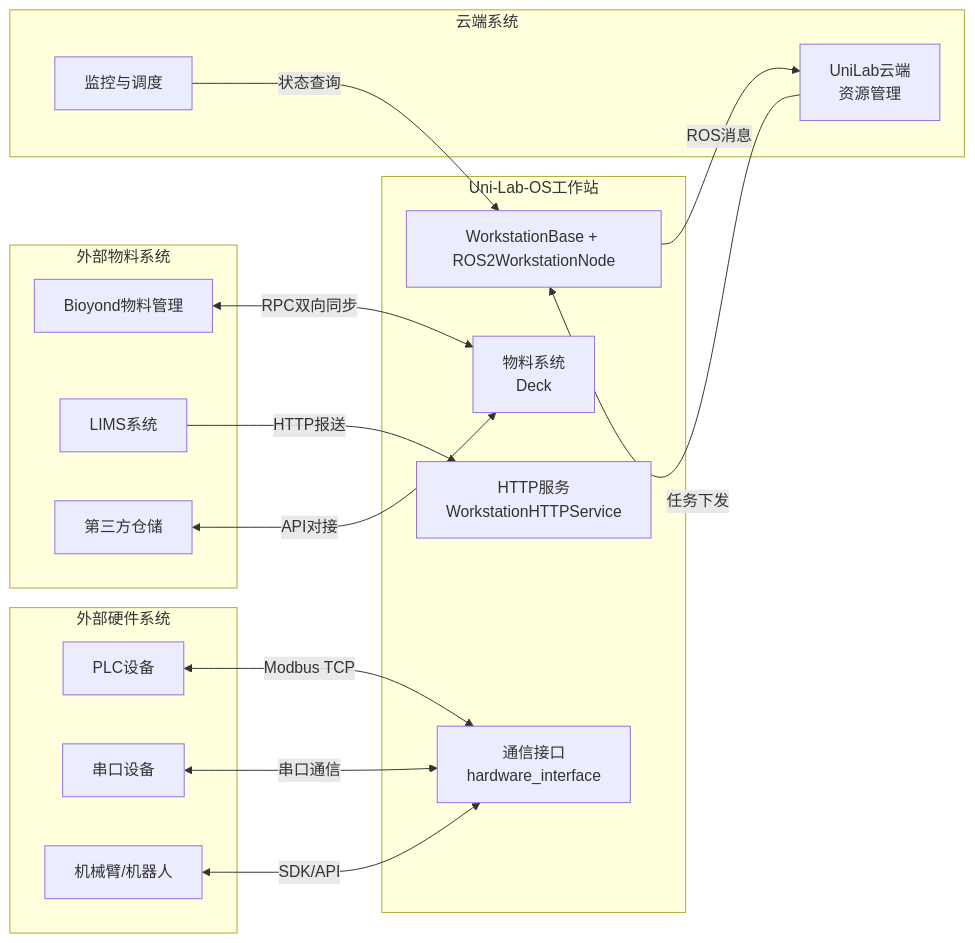
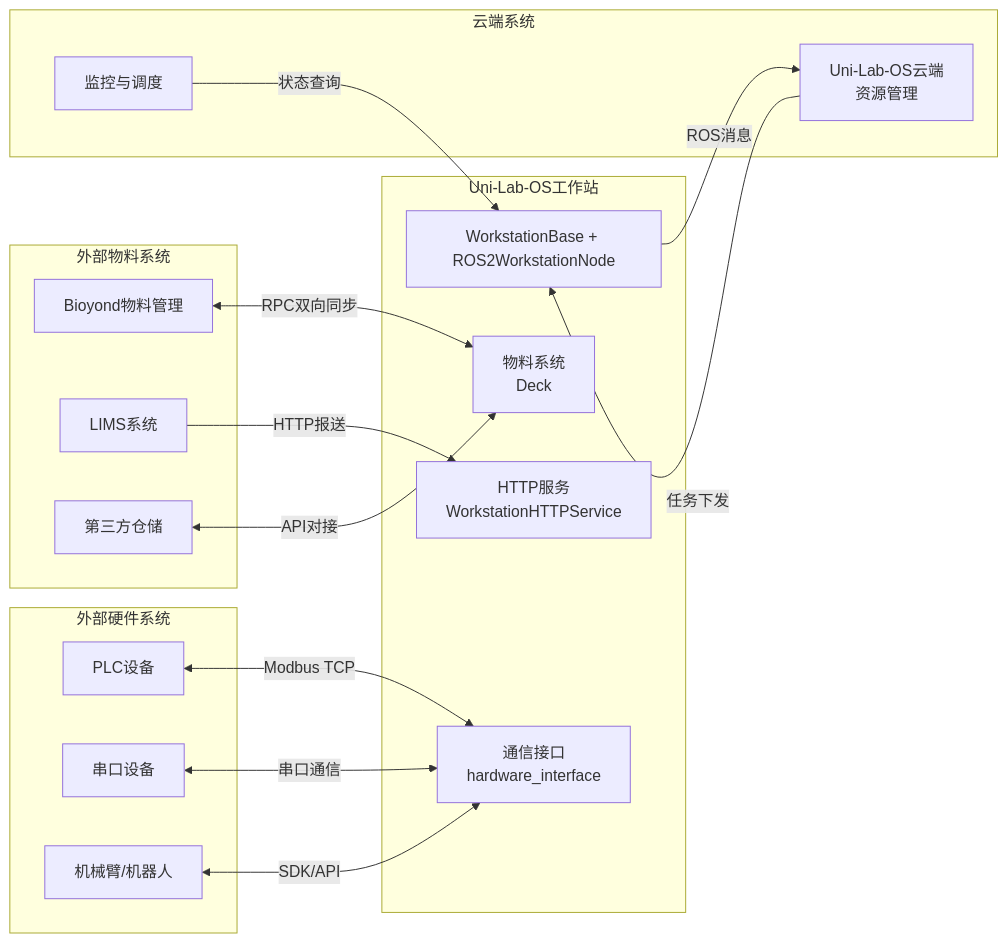
One commit to Xuwznln/Uni-Lab-OS-Doc changed the second of 8 diagrams in docs/developer_guide/examples/workstation_architecture.md. Above: the diagram before and after it, drawn with Mermaid. The commit also changed 9 other files, not shown here.

````diff
--- a/docs/developer_guide/examples/workstation_architecture.md
+++ b/docs/developer_guide/examples/workstation_architecture.md
@@ -87,38 +87,38 @@
 ```mermaid
 graph LR
     subgraph "Uni-Lab-OS工作站"
         WS[WorkstationBase + ROS2WorkstationNode]
         DECK2[物料系统<br/>Deck]
         HW2[通信接口<br/>hardware_interface]
         HTTP[HTTP服务<br/>WorkstationHTTPService]
     end
 
     subgraph "外部物料系统"
         BIOYOND[Bioyond物料管理]
         LIMS[LIMS系统]
         WAREHOUSE[第三方仓储]
     end
 
     subgraph "外部硬件系统"
         PLC[PLC设备]
         SERIAL[串口设备]
         ROBOT[机械臂/机器人]
     end
 
     subgraph "云端系统"
-        CLOUD[UniLab云端<br/>资源管理]
+        CLOUD[Uni-Lab-OS云端<br/>资源管理]
         MONITOR[监控与调度]
     end
 
     BIOYOND <-->|RPC双向同步| DECK2
     LIMS -->|HTTP报送| HTTP
     WAREHOUSE <-->|API对接| DECK2
 
     PLC <-->|Modbus TCP| HW2
     SERIAL <-->|串口通信| HW2
     ROBOT <-->|SDK/API| HW2
 
     WS -->|ROS消息| CLOUD
     CLOUD -->|任务下发| WS
     MONITOR -->|状态查询| WS
 ```
````
